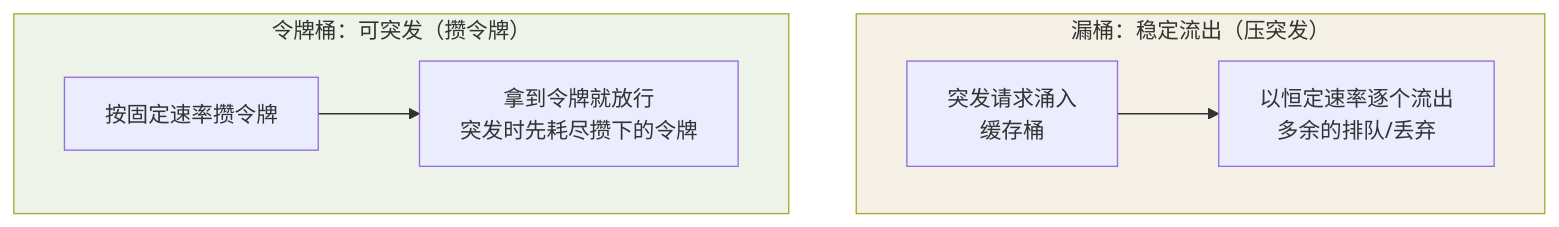
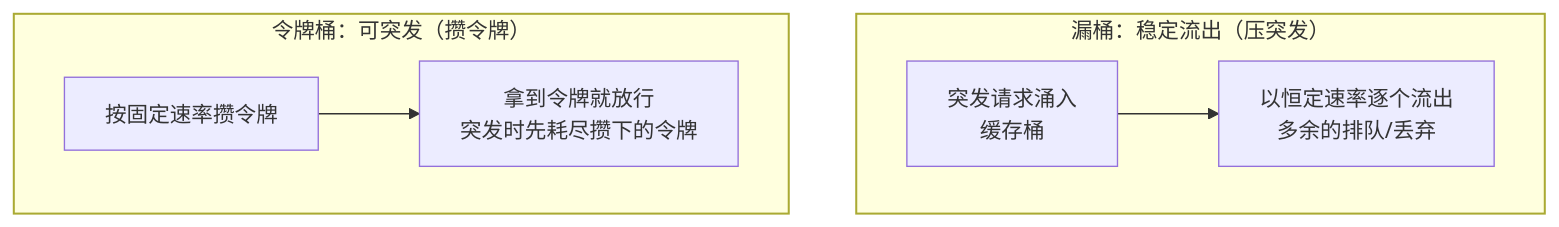
One commit to Loadhao/ascension changed the second of 2 diagrams in src/content/docs/nginx/intermediate/proxy/02-https-cache-ratelimit.md. Above: the diagram before and after it, drawn with Mermaid. The commit also changed other lines of this file and 87 other files, not shown here.

First line of the commit message:
fix: 全站图表配色改由主题接管，修复暗色主题下浅底浅字看不清

````diff
--- a/src/content/docs/nginx/intermediate/proxy/02-https-cache-ratelimit.md
+++ b/src/content/docs/nginx/intermediate/proxy/02-https-cache-ratelimit.md
@@ -113,11 +114,13 @@
 ```mermaid
 flowchart TB
     subgraph 漏桶["漏桶：稳定流出（压突发）"]
         L1["突发请求涌入<br/>缓存桶"] --> L2["以恒定速率逐个流出<br/>多余的排队/丢弃"]
     end
     subgraph 令牌桶["令牌桶：可突发（攒令牌）"]
         T1["按固定速率攒令牌"] --> T2["拿到令牌就放行<br/>突发时先耗尽攒下的令牌"]
     end
-    style 漏桶 fill:#f5f0e6
-    style 令牌桶 fill:#eef3ea
+    class 漏桶 hl
+    class 令牌桶 good
+    classDef hl stroke-width:1.5px
+    classDef good stroke-width:1.5px
 ```
````
